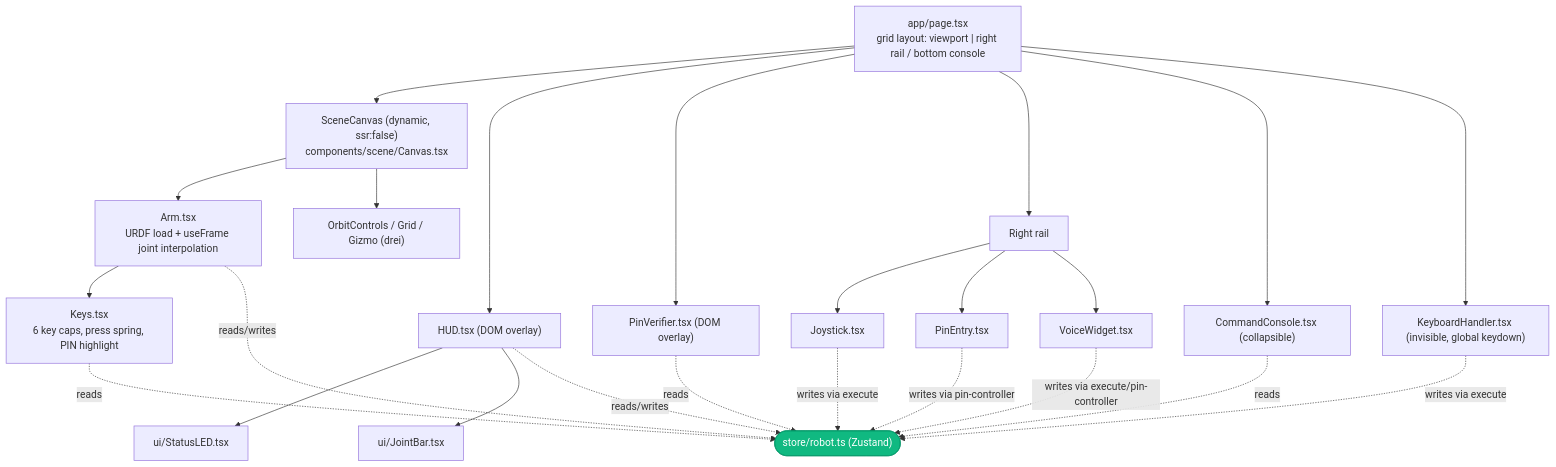
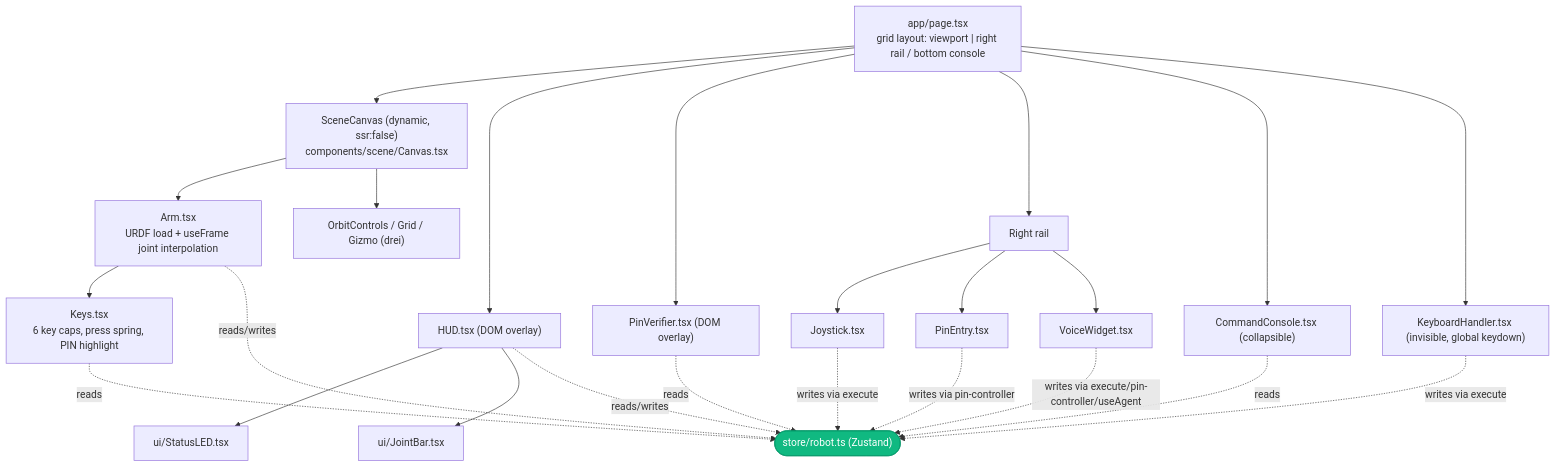
Before and after one commit to SamisDone/GreenLight-IUT-Techathon-Hackathon: the fourth of 4 diagrams in docs/System Architecture & Concept Explanation.md, drawn with Mermaid. The commit also changed other lines of this file, not shown here.

First line of the commit message:
docs: update system architecture to reflect agentic layer implementation

````diff
--- a/docs/System Architecture & Concept Explanation.md
+++ b/docs/System Architecture & Concept Explanation.md
@@ -549,35 +581,35 @@
 ```mermaid
 flowchart TD
   Page["app/page.tsx<br/>grid layout: viewport | right rail / bottom console"]
 
   Page --> Canvas["SceneCanvas (dynamic, ssr:false)<br/>components/scene/Canvas.tsx"]
   Canvas --> Arm["Arm.tsx<br/>URDF load + useFrame joint interpolation"]
   Arm --> Keys["Keys.tsx<br/>6 key caps, press spring, PIN highlight"]
   Canvas --> OrbitEtc["OrbitControls / Grid / Gizmo (drei)"]
 
   Page --> HUD["HUD.tsx (DOM overlay)"]
   HUD --> StatusLED["ui/StatusLED.tsx"]
   HUD --> JointBar["ui/JointBar.tsx"]
 
   Page --> PinVerifier["PinVerifier.tsx (DOM overlay)"]
 
   Page --> RightRail["Right rail"]
   RightRail --> Joystick["Joystick.tsx"]
   RightRail --> PinEntry["PinEntry.tsx"]
   RightRail --> VoiceWidget["VoiceWidget.tsx"]
 
   Page --> Bottom["CommandConsole.tsx (collapsible)"]
   Page --> KH["KeyboardHandler.tsx (invisible, global keydown)"]
 
   classDef store fill:#10B981,stroke:#059669,color:#fff
   Store(["store/robot.ts (Zustand)"]):::store
   Arm -.reads/writes.-> Store
   HUD -.reads/writes.-> Store
   Keys -.reads.-> Store
   PinVerifier -.reads.-> Store
   Joystick -.writes via execute.-> Store
   PinEntry -.writes via pin-controller.-> Store
-  VoiceWidget -.writes via execute/pin-controller.-> Store
+  VoiceWidget -.writes via execute/pin-controller/useAgent.-> Store
   Bottom -.reads.-> Store
   KH -.writes via execute.-> Store
 ```
````
